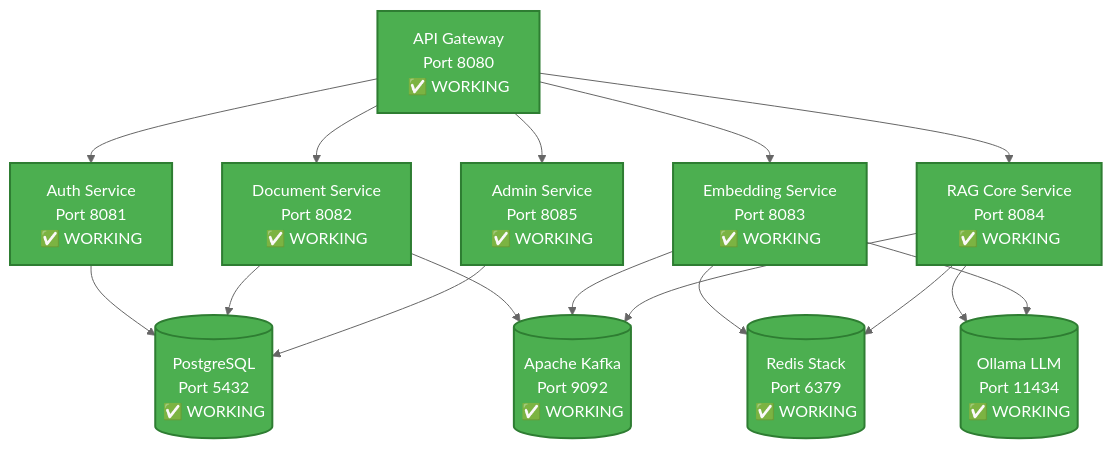
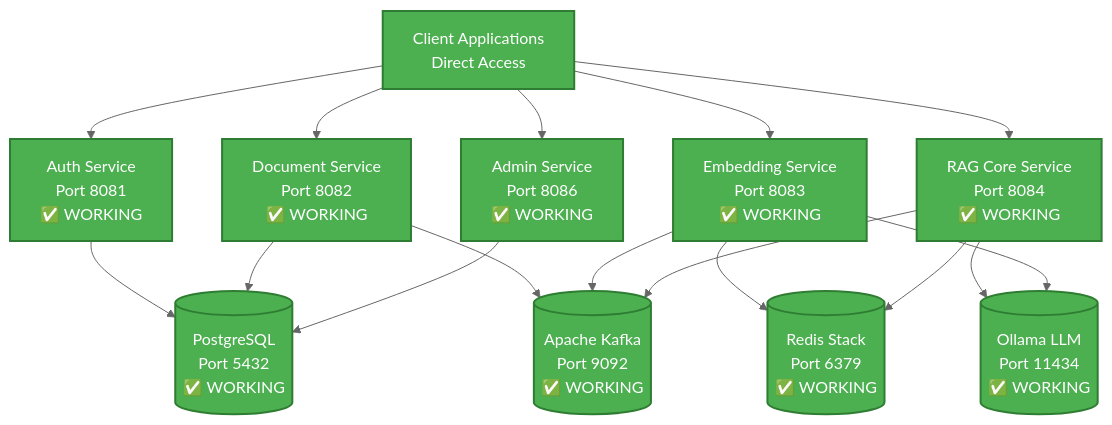
One commit to texican/RAG changed the diagram in README.md. Above: the diagram before and after it, drawn with Mermaid (neutral theme). The commit also changed other lines of this file, not shown here.

````diff
--- a/README.md
+++ b/README.md
@@ -275,36 +243,36 @@
 ```mermaid
 graph TB
-    Gateway[API Gateway<br/>Port 8080<br/>✅ WORKING]
+    Client[Client Applications<br/>Direct Access]
     Auth[Auth Service<br/>Port 8081<br/>✅ WORKING]
-    Doc[Document Service<br/>Port 8082<br/>✅ WORKING] 
+    Doc[Document Service<br/>Port 8082<br/>✅ WORKING]
     Embed[Embedding Service<br/>Port 8083<br/>✅ WORKING]
     Core[RAG Core Service<br/>Port 8084<br/>✅ WORKING]
-    Admin[Admin Service<br/>Port 8085<br/>✅ WORKING]
-    
+    Admin[Admin Service<br/>Port 8086<br/>✅ WORKING]
+
     PG[(PostgreSQL<br/>Port 5432<br/>✅ WORKING)]
     Redis[(Redis Stack<br/>Port 6379<br/>✅ WORKING)]
     Kafka[(Apache Kafka<br/>Port 9092<br/>✅ WORKING)]
     Ollama[(Ollama LLM<br/>Port 11434<br/>✅ WORKING)]
-    
-    Gateway --> Auth
-    Gateway --> Doc
-    Gateway --> Embed
-    Gateway --> Core
-    Gateway --> Admin
-    
+
+    Client --> Auth
+    Client --> Doc
+    Client --> Embed
+    Client --> Core
+    Client --> Admin
+
     Auth --> PG
     Doc --> PG
     Embed --> Redis
     Core --> Redis
     Admin --> PG
-    
+
     Doc --> Kafka
     Embed --> Kafka
     Core --> Kafka
-    
+
     Core --> Ollama
     Embed --> Ollama
-    
+
     classDef working fill:#4CAF50,stroke:#2E7D32,stroke-width:2px,color:#FFFFFF;
-    class Gateway,Auth,Doc,Embed,Core,Admin,PG,Redis,Kafka,Ollama working;
+    class Client,Auth,Doc,Embed,Core,Admin,PG,Redis,Kafka,Ollama working;
 ```
````
